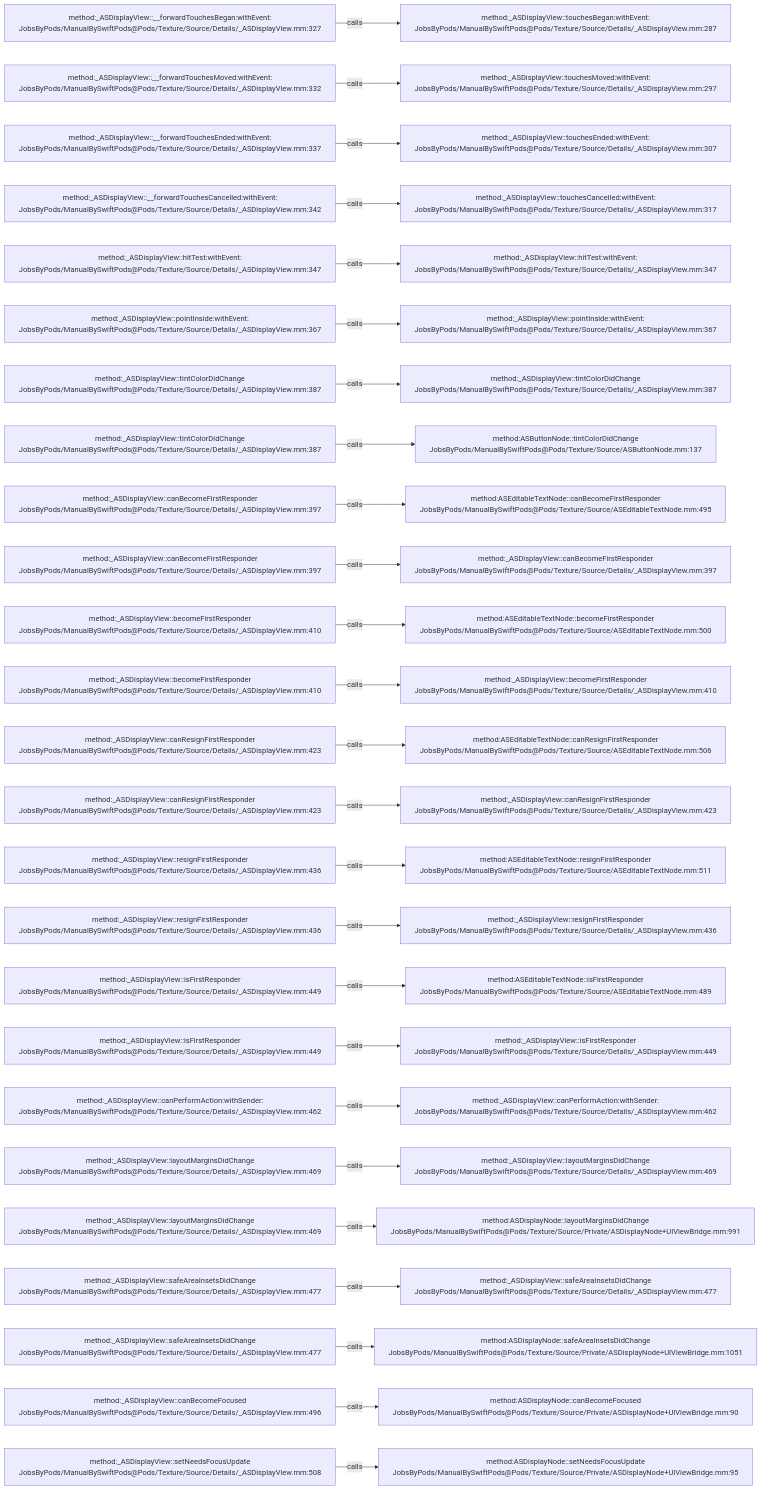
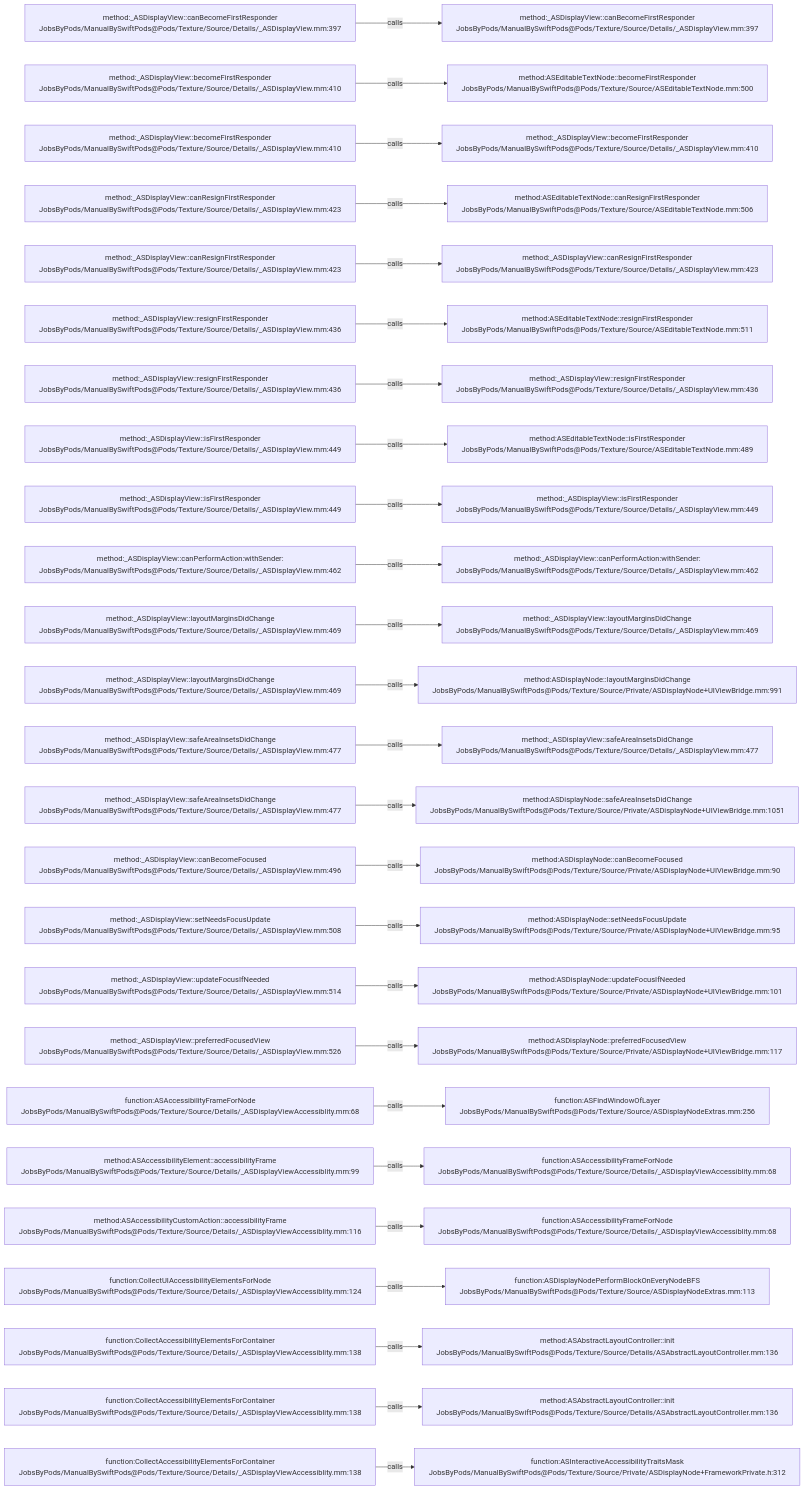
One commit to JobsKits/JobsSwiftBaseConfigDemo changed the diagram in .codegraph/codegraph.md/graphs/calls-103.md. Above: the diagram before and after it, drawn with Mermaid. The commit also changed 707 other files, not shown here.

````diff
--- a/.codegraph/codegraph.md/graphs/calls-103.md
+++ b/.codegraph/codegraph.md/graphs/calls-103.md
@@ -13,78 +13,78 @@
 ```mermaid
 flowchart LR
-  S1["method:_ASDisplayView::__forwardTouchesBegan:withEvent:<br/>JobsByPods/ManualBySwiftPods@Pods/Texture/Source/Details/_ASDisplayView.mm:327"]
-  T1["method:_ASDisplayView::touchesBegan:withEvent:<br/>JobsByPods/ManualBySwiftPods@Pods/Texture/Source/Details/_ASDisplayView.mm:287"]
+  S1["method:_ASDisplayView::canBecomeFirstResponder<br/>JobsByPods/ManualBySwiftPods@Pods/Texture/Source/Details/_ASDisplayView.mm:397"]
+  T1["method:_ASDisplayView::canBecomeFirstResponder<br/>JobsByPods/ManualBySwiftPods@Pods/Texture/Source/Details/_ASDisplayView.mm:397"]
   S1 -->|calls| T1
-  S2["method:_ASDisplayView::__forwardTouchesMoved:withEvent:<br/>JobsByPods/ManualBySwiftPods@Pods/Texture/Source/Details/_ASDisplayView.mm:332"]
-  T2["method:_ASDisplayView::touchesMoved:withEvent:<br/>JobsByPods/ManualBySwiftPods@Pods/Texture/Source/Details/_ASDisplayView.mm:297"]
+  S2["method:_ASDisplayView::becomeFirstResponder<br/>JobsByPods/ManualBySwiftPods@Pods/Texture/Source/Details/_ASDisplayView.mm:410"]
+  T2["method:ASEditableTextNode::becomeFirstResponder<br/>JobsByPods/ManualBySwiftPods@Pods/Texture/Source/ASEditableTextNode.mm:500"]
   S2 -->|calls| T2
-  S3["method:_ASDisplayView::__forwardTouchesEnded:withEvent:<br/>JobsByPods/ManualBySwiftPods@Pods/Texture/Source/Details/_ASDisplayView.mm:337"]
-  T3["method:_ASDisplayView::touchesEnded:withEvent:<br/>JobsByPods/ManualBySwiftPods@Pods/Texture/Source/Details/_ASDisplayView.mm:307"]
+  S3["method:_ASDisplayView::becomeFirstResponder<br/>JobsByPods/ManualBySwiftPods@Pods/Texture/Source/Details/_ASDisplayView.mm:410"]
+  T3["method:_ASDisplayView::becomeFirstResponder<br/>JobsByPods/ManualBySwiftPods@Pods/Texture/Source/Details/_ASDisplayView.mm:410"]
   S3 -->|calls| T3
-  S4["method:_ASDisplayView::__forwardTouchesCancelled:withEvent:<br/>JobsByPods/ManualBySwiftPods@Pods/Texture/Source/Details/_ASDisplayView.mm:342"]
-  T4["method:_ASDisplayView::touchesCancelled:withEvent:<br/>JobsByPods/ManualBySwiftPods@Pods/Texture/Source/Details/_ASDisplayView.mm:317"]
+  S4["method:_ASDisplayView::canResignFirstResponder<br/>JobsByPods/ManualBySwiftPods@Pods/Texture/Source/Details/_ASDisplayView.mm:423"]
+  T4["method:ASEditableTextNode::canResignFirstResponder<br/>JobsByPods/ManualBySwiftPods@Pods/Texture/Source/ASEditableTextNode.mm:506"]
   S4 -->|calls| T4
-  S5["method:_ASDisplayView::hitTest:withEvent:<br/>JobsByPods/ManualBySwiftPods@Pods/Texture/Source/Details/_ASDisplayView.mm:347"]
-  T5["method:_ASDisplayView::hitTest:withEvent:<br/>JobsByPods/ManualBySwiftPods@Pods/Texture/Source/Details/_ASDisplayView.mm:347"]
+  S5["method:_ASDisplayView::canResignFirstResponder<br/>JobsByPods/ManualBySwiftPods@Pods/Texture/Source/Details/_ASDisplayView.mm:423"]
+  T5["method:_ASDisplayView::canResignFirstResponder<br/>JobsByPods/ManualBySwiftPods@Pods/Texture/Source/Details/_ASDisplayView.mm:423"]
   S5 -->|calls| T5
-  S6["method:_ASDisplayView::pointInside:withEvent:<br/>JobsByPods/ManualBySwiftPods@Pods/Texture/Source/Details/_ASDisplayView.mm:367"]
-  T6["method:_ASDisplayView::pointInside:withEvent:<br/>JobsByPods/ManualBySwiftPods@Pods/Texture/Source/Details/_ASDisplayView.mm:367"]
+  S6["method:_ASDisplayView::resignFirstResponder<br/>JobsByPods/ManualBySwiftPods@Pods/Texture/Source/Details/_ASDisplayView.mm:436"]
+  T6["method:ASEditableTextNode::resignFirstResponder<br/>JobsByPods/ManualBySwiftPods@Pods/Texture/Source/ASEditableTextNode.mm:511"]
   S6 -->|calls| T6
-  S7["method:_ASDisplayView::tintColorDidChange<br/>JobsByPods/ManualBySwiftPods@Pods/Texture/Source/Details/_ASDisplayView.mm:387"]
-  T7["method:_ASDisplayView::tintColorDidChange<br/>JobsByPods/ManualBySwiftPods@Pods/Texture/Source/Details/_ASDisplayView.mm:387"]
+  S7["method:_ASDisplayView::resignFirstResponder<br/>JobsByPods/ManualBySwiftPods@Pods/Texture/Source/Details/_ASDisplayView.mm:436"]
+  T7["method:_ASDisplayView::resignFirstResponder<br/>JobsByPods/ManualBySwiftPods@Pods/Texture/Source/Details/_ASDisplayView.mm:436"]
   S7 -->|calls| T7
-  S8["method:_ASDisplayView::tintColorDidChange<br/>JobsByPods/ManualBySwiftPods@Pods/Texture/Source/Details/_ASDisplayView.mm:387"]
-  T8["method:ASButtonNode::tintColorDidChange<br/>JobsByPods/ManualBySwiftPods@Pods/Texture/Source/ASButtonNode.mm:137"]
+  S8["method:_ASDisplayView::isFirstResponder<br/>JobsByPods/ManualBySwiftPods@Pods/Texture/Source/Details/_ASDisplayView.mm:449"]
+  T8["method:ASEditableTextNode::isFirstResponder<br/>JobsByPods/ManualBySwiftPods@Pods/Texture/Source/ASEditableTextNode.mm:489"]
   S8 -->|calls| T8
-  S9["method:_ASDisplayView::canBecomeFirstResponder<br/>JobsByPods/ManualBySwiftPods@Pods/Texture/Source/Details/_ASDisplayView.mm:397"]
-  T9["method:ASEditableTextNode::canBecomeFirstResponder<br/>JobsByPods/ManualBySwiftPods@Pods/Texture/Source/ASEditableTextNode.mm:495"]
+  S9["method:_ASDisplayView::isFirstResponder<br/>JobsByPods/ManualBySwiftPods@Pods/Texture/Source/Details/_ASDisplayView.mm:449"]
+  T9["method:_ASDisplayView::isFirstResponder<br/>JobsByPods/ManualBySwiftPods@Pods/Texture/Source/Details/_ASDisplayView.mm:449"]
   S9 -->|calls| T9
-  S10["method:_ASDisplayView::canBecomeFirstResponder<br/>JobsByPods/ManualBySwiftPods@Pods/Texture/Source/Details/_ASDisplayView.mm:397"]
-  T10["method:_ASDisplayView::canBecomeFirstResponder<br/>JobsByPods/ManualBySwiftPods@Pods/Texture/Source/Details/_ASDisplayView.mm:397"]
+  S10["method:_ASDisplayView::canPerformAction:withSender:<br/>JobsByPods/ManualBySwiftPods@Pods/Texture/Source/Details/_ASDisplayView.mm:462"]
+  T10["method:_ASDisplayView::canPerformAction:withSender:<br/>JobsByPods/ManualBySwiftPods@Pods/Texture/Source/Details/_ASDisplayView.mm:462"]
   S10 -->|calls| T10
-  S11["method:_ASDisplayView::becomeFirstResponder<br/>JobsByPods/ManualBySwiftPods@Pods/Texture/Source/Details/_ASDisplayView.mm:410"]
-  T11["method:ASEditableTextNode::becomeFirstResponder<br/>JobsByPods/ManualBySwiftPods@Pods/Texture/Source/ASEditableTextNode.mm:500"]
+  S11["method:_ASDisplayView::layoutMarginsDidChange<br/>JobsByPods/ManualBySwiftPods@Pods/Texture/Source/Details/_ASDisplayView.mm:469"]
+  T11["method:_ASDisplayView::layoutMarginsDidChange<br/>JobsByPods/ManualBySwiftPods@Pods/Texture/Source/Details/_ASDisplayView.mm:469"]
   S11 -->|calls| T11
-  S12["method:_ASDisplayView::becomeFirstResponder<br/>JobsByPods/ManualBySwiftPods@Pods/Texture/Source/Details/_ASDisplayView.mm:410"]
-  T12["method:_ASDisplayView::becomeFirstResponder<br/>JobsByPods/ManualBySwiftPods@Pods/Texture/Source/Details/_ASDisplayView.mm:410"]
+  S12["method:_ASDisplayView::layoutMarginsDidChange<br/>JobsByPods/ManualBySwiftPods@Pods/Texture/Source/Details/_ASDisplayView.mm:469"]
+  T12["method:ASDisplayNode::layoutMarginsDidChange<br/>JobsByPods/ManualBySwiftPods@Pods/Texture/Source/Private/ASDisplayNode+UIViewBridge.mm:991"]
   S12 -->|calls| T12
-  S13["method:_ASDisplayView::canResignFirstResponder<br/>JobsByPods/ManualBySwiftPods@Pods/Texture/Source/Details/_ASDisplayView.mm:423"]
-  T13["method:ASEditableTextNode::canResignFirstResponder<br/>JobsByPods/ManualBySwiftPods@Pods/Texture/Source/ASEditableTextNode.mm:506"]
+  S13["method:_ASDisplayView::safeAreaInsetsDidChange<br/>JobsByPods/ManualBySwiftPods@Pods/Texture/Source/Details/_ASDisplayView.mm:477"]
+  T13["method:_ASDisplayView::safeAreaInsetsDidChange<br/>JobsByPods/ManualBySwiftPods@Pods/Texture/Source/Details/_ASDisplayView.mm:477"]
   S13 -->|calls| T13
-  S14["method:_ASDisplayView::canResignFirstResponder<br/>JobsByPods/ManualBySwiftPods@Pods/Texture/Source/Details/_ASDisplayView.mm:423"]
-  T14["method:_ASDisplayView::canResignFirstResponder<br/>JobsByPods/ManualBySwiftPods@Pods/Texture/Source/Details/_ASDisplayView.mm:423"]
+  S14["method:_ASDisplayView::safeAreaInsetsDidChange<br/>JobsByPods/ManualBySwiftPods@Pods/Texture/Source/Details/_ASDisplayView.mm:477"]
+  T14["method:ASDisplayNode::safeAreaInsetsDidChange<br/>JobsByPods/ManualBySwiftPods@Pods/Texture/Source/Private/ASDisplayNode+UIViewBridge.mm:1051"]
   S14 -->|calls| T14
-  S15["method:_ASDisplayView::resignFirstResponder<br/>JobsByPods/ManualBySwiftPods@Pods/Texture/Source/Details/_ASDisplayView.mm:436"]
-  T15["method:ASEditableTextNode::resignFirstResponder<br/>JobsByPods/ManualBySwiftPods@Pods/Texture/Source/ASEditableTextNode.mm:511"]
+  S15["method:_ASDisplayView::canBecomeFocused<br/>JobsByPods/ManualBySwiftPods@Pods/Texture/Source/Details/_ASDisplayView.mm:496"]
+  T15["method:ASDisplayNode::canBecomeFocused<br/>JobsByPods/ManualBySwiftPods@Pods/Texture/Source/Private/ASDisplayNode+UIViewBridge.mm:90"]
   S15 -->|calls| T15
-  S16["method:_ASDisplayView::resignFirstResponder<br/>JobsByPods/ManualBySwiftPods@Pods/Texture/Source/Details/_ASDisplayView.mm:436"]
-  T16["method:_ASDisplayView::resignFirstResponder<br/>JobsByPods/ManualBySwiftPods@Pods/Texture/Source/Details/_ASDisplayView.mm:436"]
+  S16["method:_ASDisplayView::setNeedsFocusUpdate<br/>JobsByPods/ManualBySwiftPods@Pods/Texture/Source/Details/_ASDisplayView.mm:508"]
+  T16["method:ASDisplayNode::setNeedsFocusUpdate<br/>JobsByPods/ManualBySwiftPods@Pods/Texture/Source/Private/ASDisplayNode+UIViewBridge.mm:95"]
   S16 -->|calls| T16
-  S17["method:_ASDisplayView::isFirstResponder<br/>JobsByPods/ManualBySwiftPods@Pods/Texture/Source/Details/_ASDisplayView.mm:449"]
-  T17["method:ASEditableTextNode::isFirstResponder<br/>JobsByPods/ManualBySwiftPods@Pods/Texture/Source/ASEditableTextNode.mm:489"]
+  S17["method:_ASDisplayView::updateFocusIfNeeded<br/>JobsByPods/ManualBySwiftPods@Pods/Texture/Source/Details/_ASDisplayView.mm:514"]
+  T17["method:ASDisplayNode::updateFocusIfNeeded<br/>JobsByPods/ManualBySwiftPods@Pods/Texture/Source/Private/ASDisplayNode+UIViewBridge.mm:101"]
   S17 -->|calls| T17
-  S18["method:_ASDisplayView::isFirstResponder<br/>JobsByPods/ManualBySwiftPods@Pods/Texture/Source/Details/_ASDisplayView.mm:449"]
-  T18["method:_ASDisplayView::isFirstResponder<br/>JobsByPods/ManualBySwiftPods@Pods/Texture/Source/Details/_ASDisplayView.mm:449"]
+  S18["method:_ASDisplayView::preferredFocusedView<br/>JobsByPods/ManualBySwiftPods@Pods/Texture/Source/Details/_ASDisplayView.mm:526"]
+  T18["method:ASDisplayNode::preferredFocusedView<br/>JobsByPods/ManualBySwiftPods@Pods/Texture/Source/Private/ASDisplayNode+UIViewBridge.mm:117"]
   S18 -->|calls| T18
-  S19["method:_ASDisplayView::canPerformAction:withSender:<br/>JobsByPods/ManualBySwiftPods@Pods/Texture/Source/Details/_ASDisplayView.mm:462"]
-  T19["method:_ASDisplayView::canPerformAction:withSender:<br/>JobsByPods/ManualBySwiftPods@Pods/Texture/Source/Details/_ASDisplayView.mm:462"]
+  S19["function:ASAccessibilityFrameForNode<br/>JobsByPods/ManualBySwiftPods@Pods/Texture/Source/Details/_ASDisplayViewAccessiblity.mm:68"]
+  T19["function:ASFindWindowOfLayer<br/>JobsByPods/ManualBySwiftPods@Pods/Texture/Source/ASDisplayNodeExtras.mm:256"]
   S19 -->|calls| T19
-  S20["method:_ASDisplayView::layoutMarginsDidChange<br/>JobsByPods/ManualBySwiftPods@Pods/Texture/Source/Details/_ASDisplayView.mm:469"]
-  T20["method:_ASDisplayView::layoutMarginsDidChange<br/>JobsByPods/ManualBySwiftPods@Pods/Texture/Source/Details/_ASDisplayView.mm:469"]
+  S20["method:ASAccessibilityElement::accessibilityFrame<br/>JobsByPods/ManualBySwiftPods@Pods/Texture/Source/Details/_ASDisplayViewAccessiblity.mm:99"]
+  T20["function:ASAccessibilityFrameForNode<br/>JobsByPods/ManualBySwiftPods@Pods/Texture/Source/Details/_ASDisplayViewAccessiblity.mm:68"]
   S20 -->|calls| T20
-  S21["method:_ASDisplayView::layoutMarginsDidChange<br/>JobsByPods/ManualBySwiftPods@Pods/Texture/Source/Details/_ASDisplayView.mm:469"]
-  T21["method:ASDisplayNode::layoutMarginsDidChange<br/>JobsByPods/ManualBySwiftPods@Pods/Texture/Source/Private/ASDisplayNode+UIViewBridge.mm:991"]
+  S21["method:ASAccessibilityCustomAction::accessibilityFrame<br/>JobsByPods/ManualBySwiftPods@Pods/Texture/Source/Details/_ASDisplayViewAccessiblity.mm:116"]
+  T21["function:ASAccessibilityFrameForNode<br/>JobsByPods/ManualBySwiftPods@Pods/Texture/Source/Details/_ASDisplayViewAccessiblity.mm:68"]
   S21 -->|calls| T21
-  S22["method:_ASDisplayView::safeAreaInsetsDidChange<br/>JobsByPods/ManualBySwiftPods@Pods/Texture/Source/Details/_ASDisplayView.mm:477"]
-  T22["method:_ASDisplayView::safeAreaInsetsDidChange<br/>JobsByPods/ManualBySwiftPods@Pods/Texture/Source/Details/_ASDisplayView.mm:477"]
+  S22["function:CollectUIAccessibilityElementsForNode<br/>JobsByPods/ManualBySwiftPods@Pods/Texture/Source/Details/_ASDisplayViewAccessiblity.mm:124"]
+  T22["function:ASDisplayNodePerformBlockOnEveryNodeBFS<br/>JobsByPods/ManualBySwiftPods@Pods/Texture/Source/ASDisplayNodeExtras.mm:113"]
   S22 -->|calls| T22
-  S23["method:_ASDisplayView::safeAreaInsetsDidChange<br/>JobsByPods/ManualBySwiftPods@Pods/Texture/Source/Details/_ASDisplayView.mm:477"]
-  T23["method:ASDisplayNode::safeAreaInsetsDidChange<br/>JobsByPods/ManualBySwiftPods@Pods/Texture/Source/Private/ASDisplayNode+UIViewBridge.mm:1051"]
+  S23["function:CollectAccessibilityElementsForContainer<br/>JobsByPods/ManualBySwiftPods@Pods/Texture/Source/Details/_ASDisplayViewAccessiblity.mm:138"]
+  T23["method:ASAbstractLayoutController::init<br/>JobsByPods/ManualBySwiftPods@Pods/Texture/Source/Details/ASAbstractLayoutController.mm:136"]
   S23 -->|calls| T23
-  S24["method:_ASDisplayView::canBecomeFocused<br/>JobsByPods/ManualBySwiftPods@Pods/Texture/Source/Details/_ASDisplayView.mm:496"]
-  T24["method:ASDisplayNode::canBecomeFocused<br/>JobsByPods/ManualBySwiftPods@Pods/Texture/Source/Private/ASDisplayNode+UIViewBridge.mm:90"]
+  S24["function:CollectAccessibilityElementsForContainer<br/>JobsByPods/ManualBySwiftPods@Pods/Texture/Source/Details/_ASDisplayViewAccessiblity.mm:138"]
+  T24["method:ASAbstractLayoutController::init<br/>JobsByPods/ManualBySwiftPods@Pods/Texture/Source/Details/ASAbstractLayoutController.mm:136"]
   S24 -->|calls| T24
-  S25["method:_ASDisplayView::setNeedsFocusUpdate<br/>JobsByPods/ManualBySwiftPods@Pods/Texture/Source/Details/_ASDisplayView.mm:508"]
-  T25["method:ASDisplayNode::setNeedsFocusUpdate<br/>JobsByPods/ManualBySwiftPods@Pods/Texture/Source/Private/ASDisplayNode+UIViewBridge.mm:95"]
+  S25["function:CollectAccessibilityElementsForContainer<br/>JobsByPods/ManualBySwiftPods@Pods/Texture/Source/Details/_ASDisplayViewAccessiblity.mm:138"]
+  T25["function:ASInteractiveAccessibilityTraitsMask<br/>JobsByPods/ManualBySwiftPods@Pods/Texture/Source/Private/ASDisplayNode+FrameworkPrivate.h:312"]
   S25 -->|calls| T25
 ```
````
